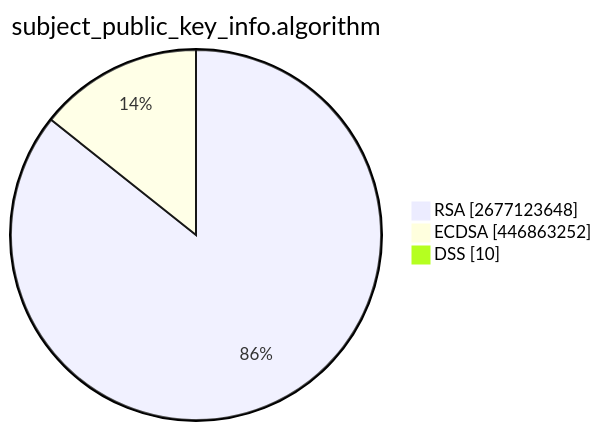
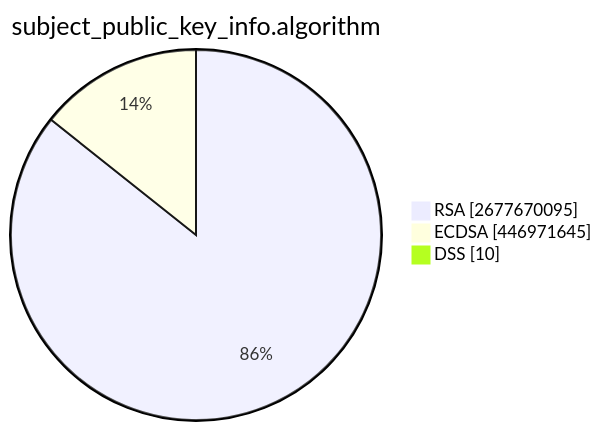
Before and after one commit to christiankrug/ctmonitor_visualization: the second of 15 diagrams in TOTAL/README.md, drawn with Mermaid. The commit also changed other lines of this file, not shown here.

````diff
--- a/TOTAL/README.md
+++ b/TOTAL/README.md
@@ -6,7 +6,7 @@
 ```mermaid
 pie showData
 title subject_public_key_info.algorithm
-"RSA" :2677123648
-"ECDSA" :446863252
+"RSA" :2677670095
+"ECDSA" :446971645
 "DSS" :10
 ```
````
